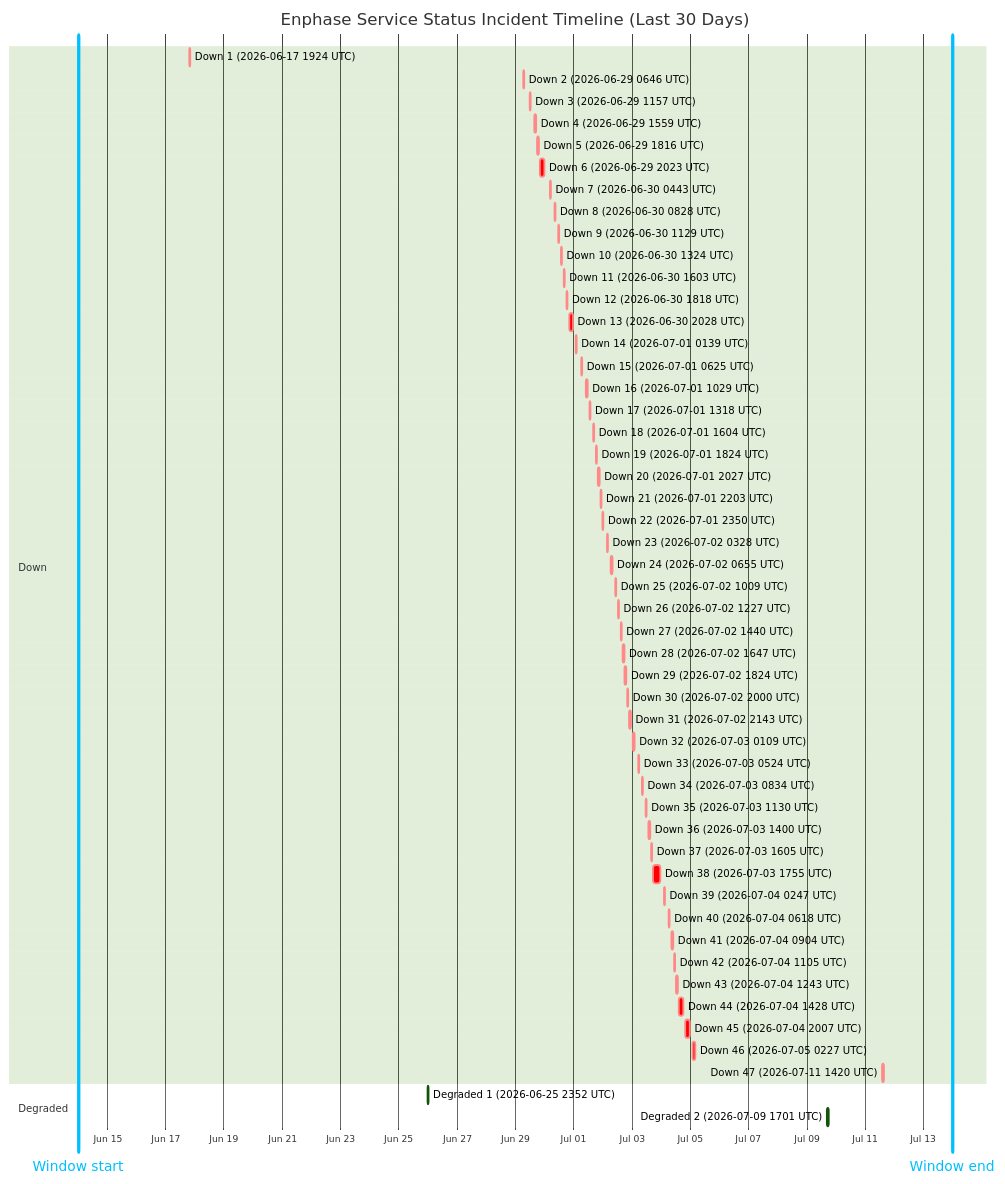
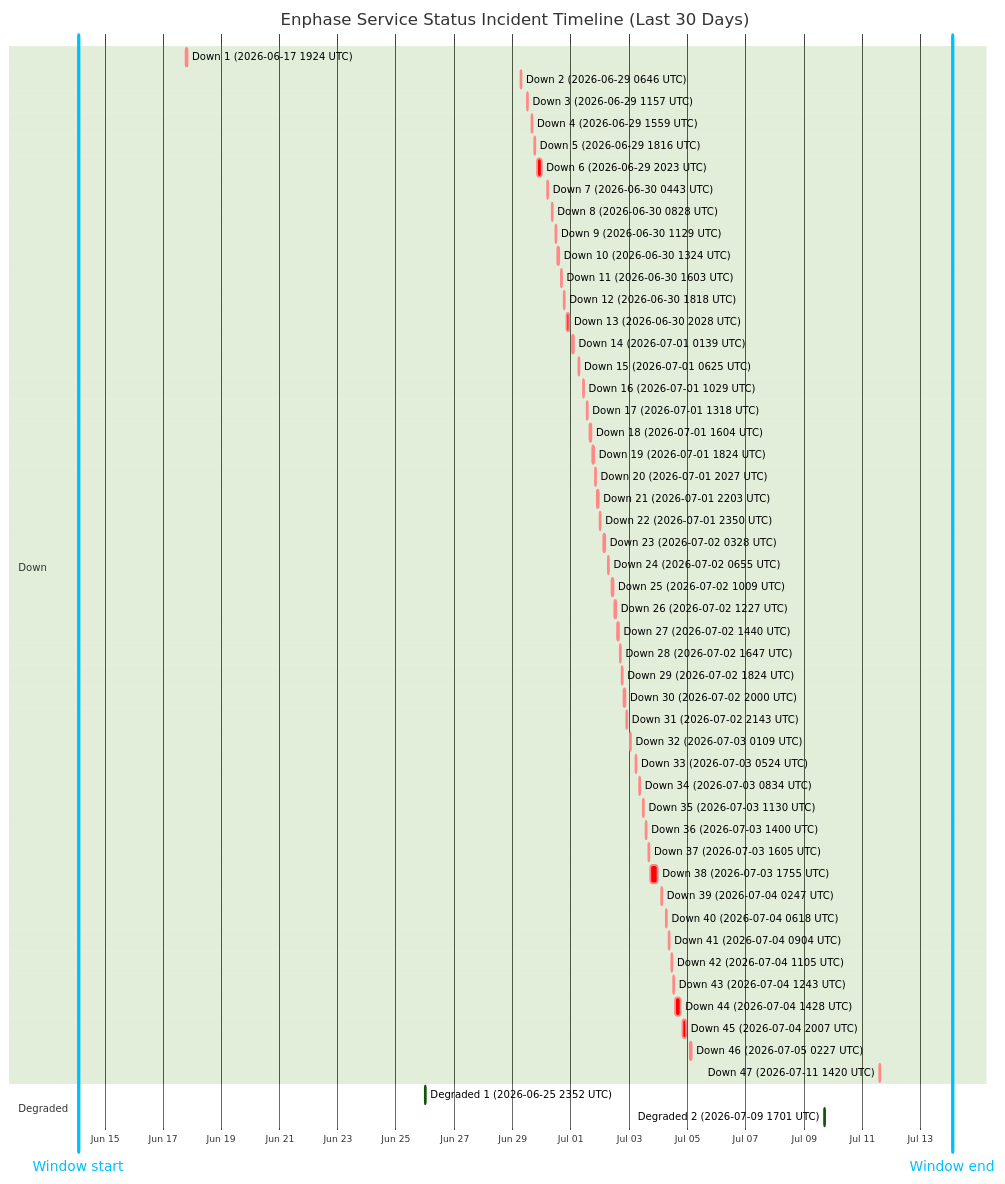
One commit to barneyonline/ha-enphase-energy changed the diagram in wiki/Service-Status-History.md. Above: the diagram before and after it, drawn with Mermaid (forest theme). The commit also changed other lines of this file and 3 other files, not shown here.

````diff
--- a/wiki/Service-Status-History.md
+++ b/wiki/Service-Status-History.md
@@ -14,59 +14,59 @@
 ```mermaid
 gantt
     title Enphase Service Status Incident Timeline (Last 30 Days)
     dateFormat  YYYY-MM-DDTHH:mm:ss
     axisFormat  %b %d
-    Window start :vert, window-start, 2026-06-13T23:53:21, 0ms
-    Window end :vert, window-end, 2026-07-13T23:53:21, 0ms
+    Window start :vert, window-start, 2026-06-14T02:23:11, 0ms
+    Window end :vert, window-end, 2026-07-14T02:23:11, 0ms
     section Down
     Down 1 (2026-06-17 1924 UTC) :crit, down-1, 2026-06-17T19:24:51, 60m
     Down 2 (2026-06-29 0646 UTC) :crit, down-2, 2026-06-29T06:46:18, 60m
     Down 3 (2026-06-29 1157 UTC) :crit, down-3, 2026-06-29T11:57:36, 60m
     Down 4 (2026-06-29 1559 UTC) :crit, down-4, 2026-06-29T15:59:02, 60m
     Down 5 (2026-06-29 1816 UTC) :crit, down-5, 2026-06-29T18:16:38, 60m
     Down 6 (2026-06-29 2023 UTC) :crit, down-6, 2026-06-29T20:23:16, 220m
     Down 7 (2026-06-30 0443 UTC) :crit, down-7, 2026-06-30T04:43:54, 60m
     Down 8 (2026-06-30 0828 UTC) :crit, down-8, 2026-06-30T08:28:43, 60m
     Down 9 (2026-06-30 1129 UTC) :crit, down-9, 2026-06-30T11:29:15, 60m
     Down 10 (2026-06-30 1324 UTC) :crit, down-10, 2026-06-30T13:24:25, 60m
     Down 11 (2026-06-30 1603 UTC) :crit, down-11, 2026-06-30T16:03:26, 60m
     Down 12 (2026-06-30 1818 UTC) :crit, down-12, 2026-06-30T18:18:39, 60m
     Down 13 (2026-06-30 2028 UTC) :crit, down-13, 2026-06-30T20:28:54, 171m
     Down 14 (2026-07-01 0139 UTC) :crit, down-14, 2026-07-01T01:39:18, 60m
     Down 15 (2026-07-01 0625 UTC) :crit, down-15, 2026-07-01T06:25:35, 60m
     Down 16 (2026-07-01 1029 UTC) :crit, down-16, 2026-07-01T10:29:24, 60m
     Down 17 (2026-07-01 1318 UTC) :crit, down-17, 2026-07-01T13:18:31, 60m
     Down 18 (2026-07-01 1604 UTC) :crit, down-18, 2026-07-01T16:04:29, 60m
     Down 19 (2026-07-01 1824 UTC) :crit, down-19, 2026-07-01T18:24:21, 60m
     Down 20 (2026-07-01 2027 UTC) :crit, down-20, 2026-07-01T20:27:17, 60m
     Down 21 (2026-07-01 2203 UTC) :crit, down-21, 2026-07-01T22:03:46, 60m
     Down 22 (2026-07-01 2350 UTC) :crit, down-22, 2026-07-01T23:50:52, 60m
     Down 23 (2026-07-02 0328 UTC) :crit, down-23, 2026-07-02T03:28:33, 60m
     Down 24 (2026-07-02 0655 UTC) :crit, down-24, 2026-07-02T06:55:07, 60m
     Down 25 (2026-07-02 1009 UTC) :crit, down-25, 2026-07-02T10:09:15, 60m
     Down 26 (2026-07-02 1227 UTC) :crit, down-26, 2026-07-02T12:27:49, 60m
     Down 27 (2026-07-02 1440 UTC) :crit, down-27, 2026-07-02T14:40:53, 60m
     Down 28 (2026-07-02 1647 UTC) :crit, down-28, 2026-07-02T16:47:47, 60m
     Down 29 (2026-07-02 1824 UTC) :crit, down-29, 2026-07-02T18:24:26, 60m
     Down 30 (2026-07-02 2000 UTC) :crit, down-30, 2026-07-02T20:00:57, 60m
     Down 31 (2026-07-02 2143 UTC) :crit, down-31, 2026-07-02T21:43:52, 80m
     Down 32 (2026-07-03 0109 UTC) :crit, down-32, 2026-07-03T01:09:19, 60m
     Down 33 (2026-07-03 0524 UTC) :crit, down-33, 2026-07-03T05:24:23, 60m
     Down 34 (2026-07-03 0834 UTC) :crit, down-34, 2026-07-03T08:34:05, 60m
     Down 35 (2026-07-03 1130 UTC) :crit, down-35, 2026-07-03T11:30:41, 60m
     Down 36 (2026-07-03 1400 UTC) :crit, down-36, 2026-07-03T14:00:48, 60m
     Down 37 (2026-07-03 1605 UTC) :crit, down-37, 2026-07-03T16:05:49, 60m
     Down 38 (2026-07-03 1755 UTC) :crit, down-38, 2026-07-03T17:55:54, 338m
     Down 39 (2026-07-04 0247 UTC) :crit, down-39, 2026-07-04T02:47:22, 60m
     Down 40 (2026-07-04 0618 UTC) :crit, down-40, 2026-07-04T06:18:09, 60m
     Down 41 (2026-07-04 0904 UTC) :crit, down-41, 2026-07-04T09:04:41, 60m
     Down 42 (2026-07-04 1105 UTC) :crit, down-42, 2026-07-04T11:05:21, 60m
     Down 43 (2026-07-04 1243 UTC) :crit, down-43, 2026-07-04T12:43:25, 60m
     Down 44 (2026-07-04 1428 UTC) :crit, down-44, 2026-07-04T14:28:07, 243m
     Down 45 (2026-07-04 2007 UTC) :crit, down-45, 2026-07-04T20:07:50, 206m
     Down 46 (2026-07-05 0227 UTC) :crit, down-46, 2026-07-05T02:27:32, 109m
     Down 47 (2026-07-11 1420 UTC) :crit, down-47, 2026-07-11T14:20:54, 69m
     section Degraded
     Degraded 1 (2026-06-25 2352 UTC) :active, degraded-1, 2026-06-25T23:52:01, 60m
     Degraded 2 (2026-07-09 1701 UTC) :active, degraded-2, 2026-07-09T17:01:02, 60m
 ```
````
